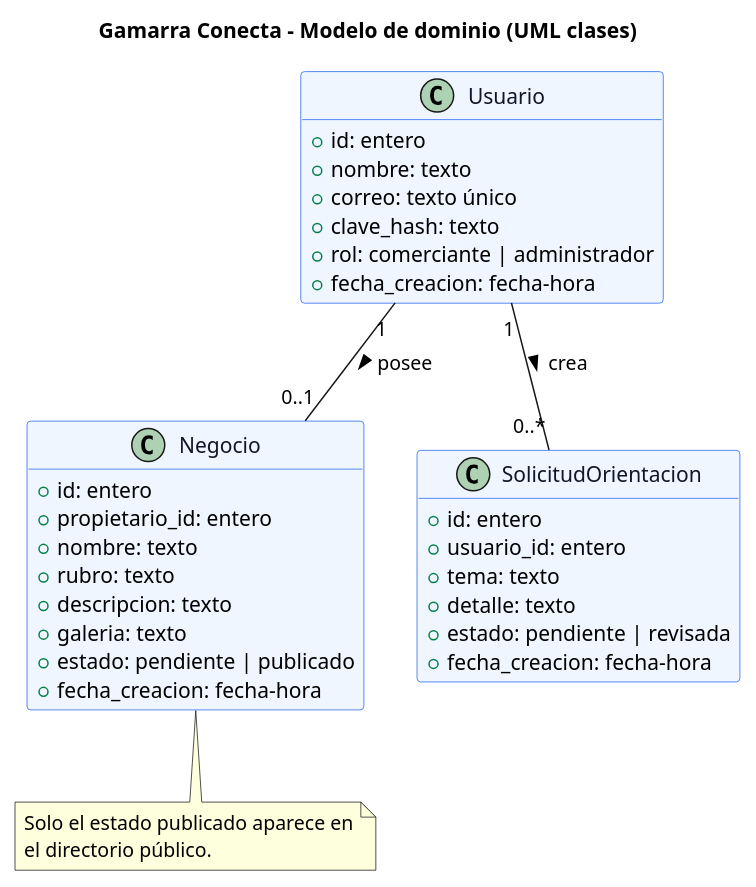
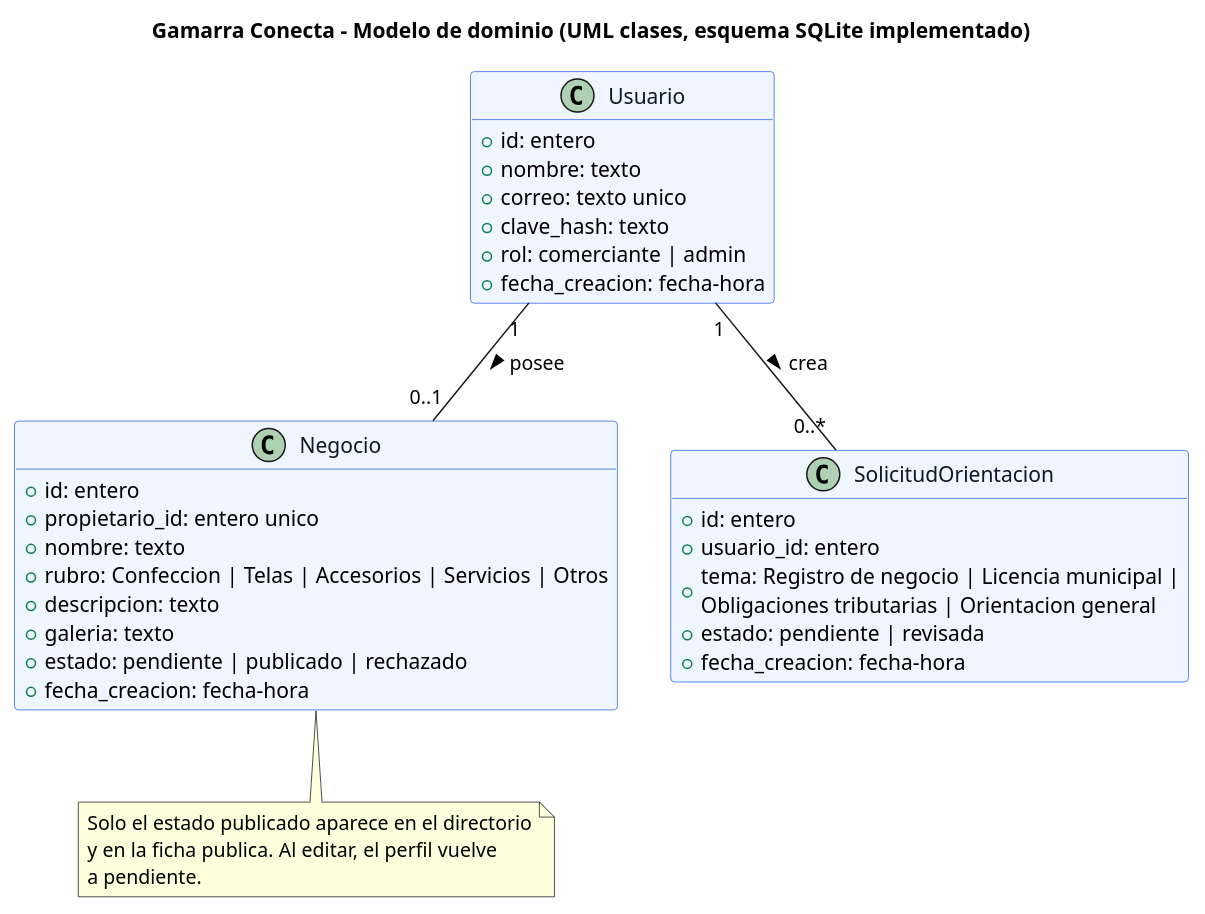
The diagram in docs/diagramas/06_clases_dominio.puml (michellemontoyarocca/gamarra-conecta), drawn with PlantUML before and after one commit. The commit also changed 12 other files, not shown here.

```diff
--- a/docs/diagramas/06_clases_dominio.puml
+++ b/docs/diagramas/06_clases_dominio.puml
@@ -1,44 +1,45 @@
 @startuml
-title Gamarra Conecta - Modelo de dominio (UML clases)
+title Gamarra Conecta - Modelo de dominio (UML clases, esquema SQLite implementado)
 skinparam backgroundColor #FFFFFF
 skinparam shadowing false
 skinparam defaultFontName Arial
 skinparam class {
   BackgroundColor #EFF6FF
   BorderColor #2563EB
   FontColor #0F172A
 }
 hide methods
 class Usuario {
   +id: entero
   +nombre: texto
-  +correo: texto único
+  +correo: texto unico
   +clave_hash: texto
-  +rol: comerciante | administrador
+  +rol: comerciante | admin
   +fecha_creacion: fecha-hora
 }
 class Negocio {
   +id: entero
-  +propietario_id: entero
+  +propietario_id: entero unico
   +nombre: texto
-  +rubro: texto
+  +rubro: Confeccion | Telas | Accesorios | Servicios | Otros
   +descripcion: texto
   +galeria: texto
-  +estado: pendiente | publicado
+  +estado: pendiente | publicado | rechazado
   +fecha_creacion: fecha-hora
 }
 class SolicitudOrientacion {
   +id: entero
   +usuario_id: entero
-  +tema: texto
-  +detalle: texto
+  +tema: Registro de negocio | Licencia municipal |\nObligaciones tributarias | Orientacion general
+  +detalle: texto (hasta 1000 caracteres)
   +estado: pendiente | revisada
   +fecha_creacion: fecha-hora
 }
 Usuario "1" -- "0..1" Negocio : posee >
 Usuario "1" -- "0..*" SolicitudOrientacion : crea >
 note bottom of Negocio
-  Solo el estado publicado aparece en
-  el directorio público.
+  Solo el estado publicado aparece en el directorio
+  y en la ficha publica. Al editar, el perfil vuelve
+  a pendiente.
 end note
 @enduml
```
